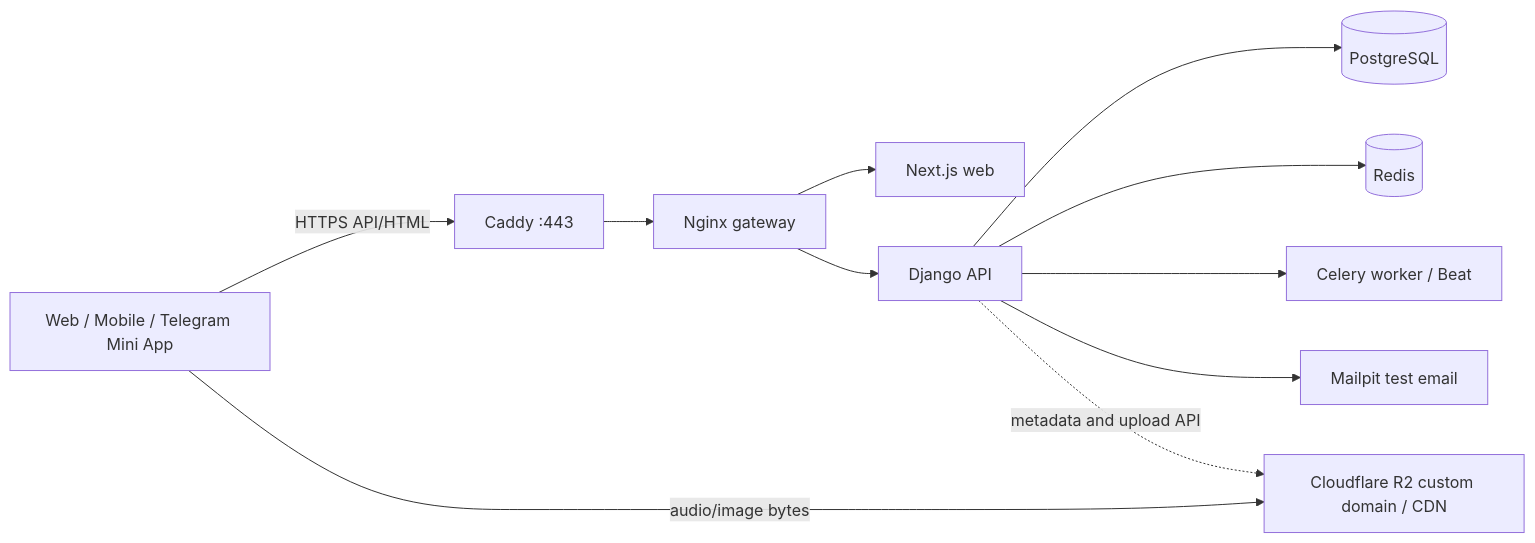
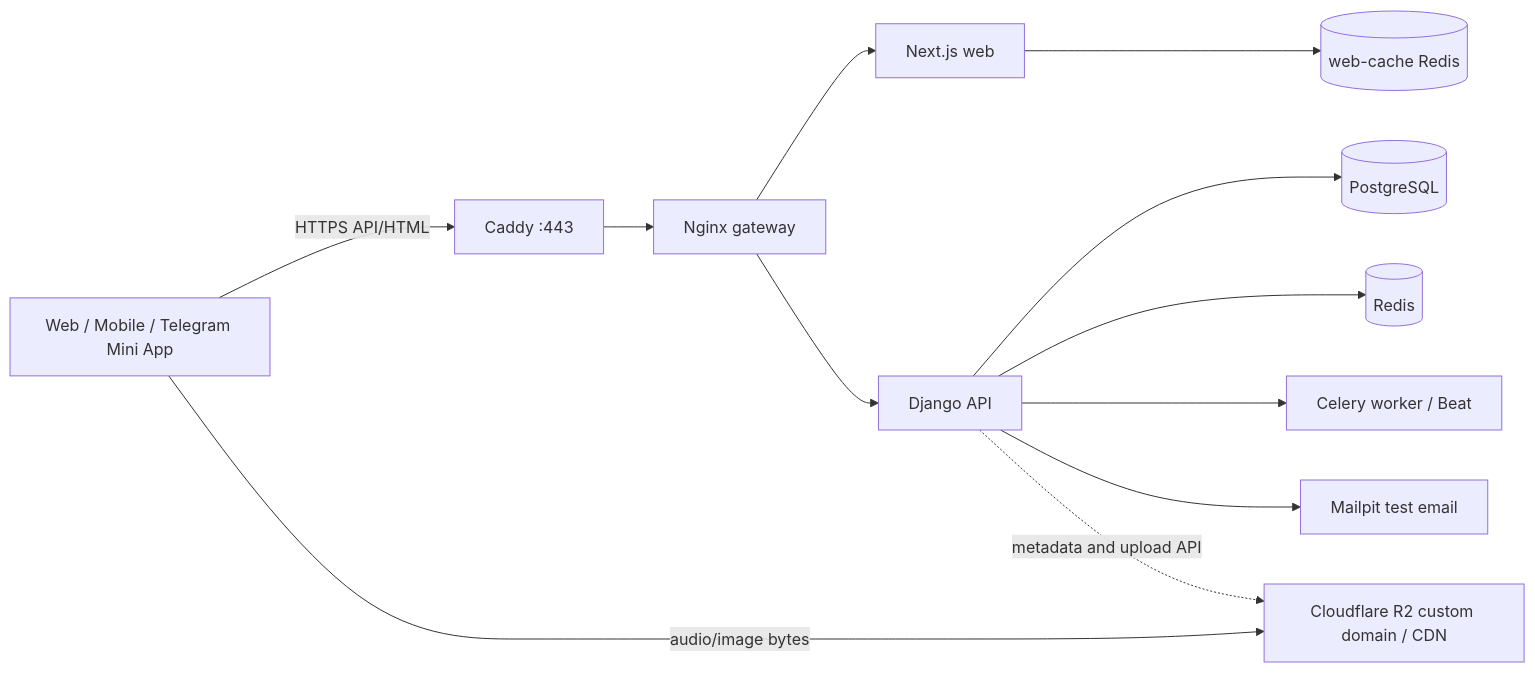
The diagram in docs/staging.md (Mr-Fulani/iqro), drawn with Mermaid before and after one commit. The commit also changed 10 other files, not shown here.

First line of the commit message:
feat(ops): move the Next.js cache to a dedicated evictable Redis

````diff
--- a/docs/staging.md
+++ b/docs/staging.md
@@ -66,13 +66,14 @@
 ```mermaid
 flowchart LR
     U[Web / Mobile / Telegram Mini App] -->|HTTPS API/HTML| C[Caddy :443]
     C --> G[Nginx gateway]
     G --> W[Next.js web]
+    W --> WC[(web-cache Redis)]
     G --> A[Django API]
     A --> P[(PostgreSQL)]
     A --> R[(Redis)]
     A --> Q[Celery worker / Beat]
     A --> M[Mailpit test email]
     U -->|audio/image bytes| D[Cloudflare R2 custom domain / CDN]
     A -. metadata and upload API .-> D
 ```
````
